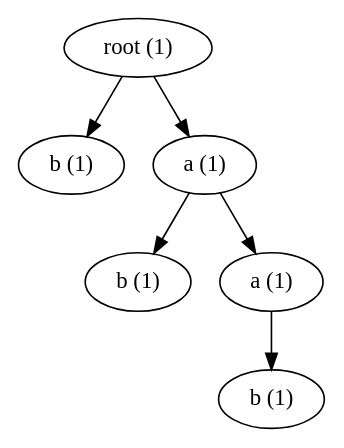
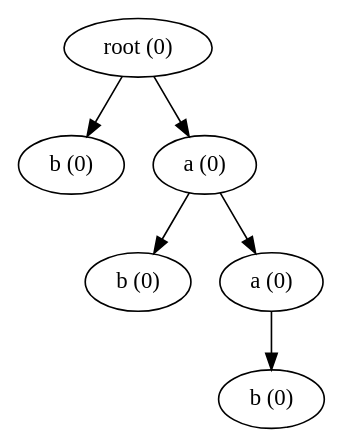
One commit to segroup-uni-trier/codesparks-framework changed the diagram in testresources/ManuallyConstructedIntersectingTrie.dot. Above: the diagram before and after it, drawn with Graphviz. The commit also changed 5 other files, not shown here.

```diff
--- a/testresources/ManuallyConstructedIntersectingTrie.dot
+++ b/testresources/ManuallyConstructedIntersectingTrie.dot
@@ -1,13 +1,13 @@
 strict digraph G {
-  root [ label="root (1)" ];
-  rootb [ label="b (1)" ];
-  roota [ label="a (1)" ];
-  rootab [ label="b (1)" ];
-  rootaa [ label="a (1)" ];
-  rootaab [ label="b (1)" ];
+  root [ label="root (0)" ];
+  rootb [ label="b (0)" ];
+  roota [ label="a (0)" ];
+  rootab [ label="b (0)" ];
+  rootaa [ label="a (0)" ];
+  rootaab [ label="b (0)" ];
   root -> rootb [ label="" ];
   root -> roota [ label="" ];
   roota -> rootab [ label="" ];
   roota -> rootaa [ label="" ];
   rootaa -> rootaab [ label="" ];
 }
```
